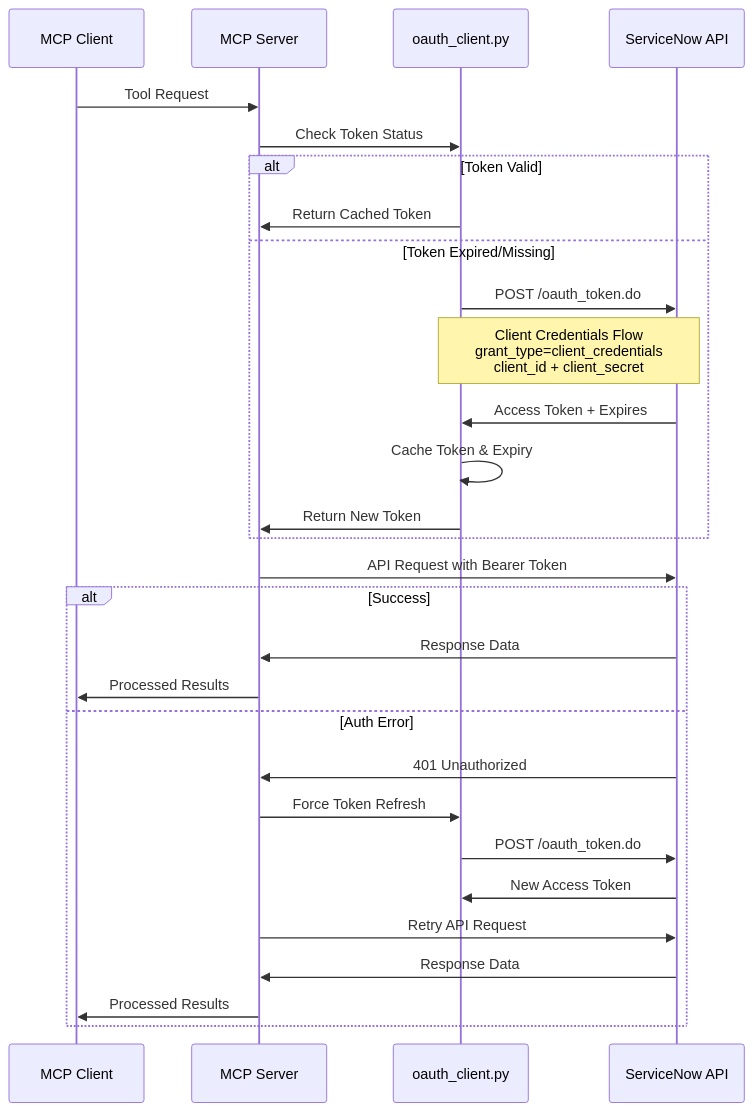
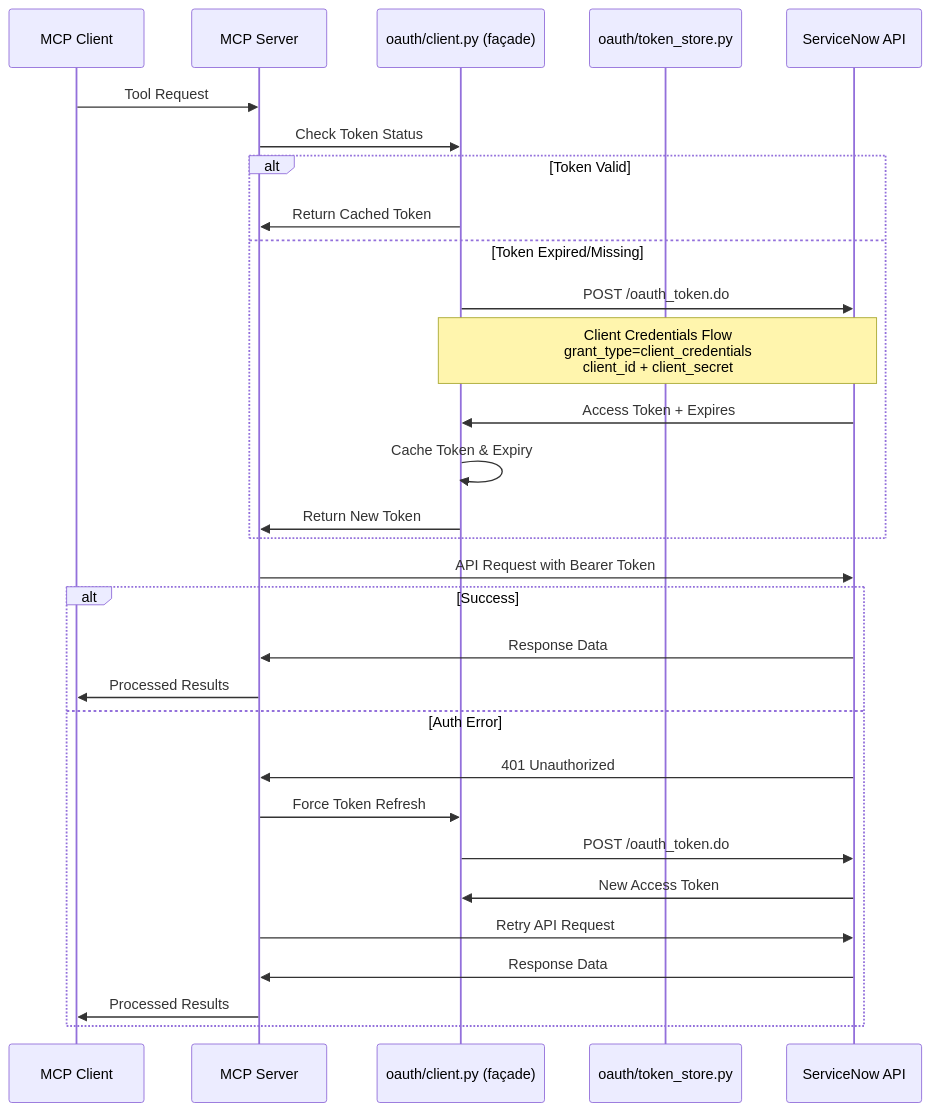
One commit to Papamzor/personal-mcp-servicenow changed the diagram in Diagrams & Documentation/02-oauth-authentication-flow.md. Above: the diagram before and after it, drawn with Mermaid. The commit also changed other lines of this file and 1 other file, not shown here.

Commit message:
docs(v4.0): update architecture diagrams for oauth/ + http_layer/ split
- 01-architecture-overview.md:
  - Added "HTTP Layer (v4.0 Sprint 3)" and "OAuth (v4.0 Sprint 3)"
    subgraphs to the main mermaid diagram showing the GET/write
    dispatch + facade composition.
  - Replaced the v3 "ServiceNow Integration" Component Detail section
    with HTTP Layer + OAuth Subsystems sections.
  - Marked Sprint 3 status as shipped.
  - Key Metrics: 575 tests, ~83% coverage, 92.98% on oauth/+http_layer/.
- 02-oauth-authentication-flow.md: added top-of-file note pointing at
  the v4 layout. Sequence diagram now distinguishes facade (oauth/client)
  from the token store (oauth/token_store).

````diff
--- a/Diagrams & Documentation/02-oauth-authentication-flow.md
+++ b/Diagrams & Documentation/02-oauth-authentication-flow.md
@@ -5,34 +7,35 @@
 ```mermaid
 sequenceDiagram
     participant Client as MCP Client
     participant Server as MCP Server
-    participant OAuth as oauth_client.py
+    participant OAuth as oauth/client.py (façade)
+    participant Store as oauth/token_store.py
     participant SN as ServiceNow API
     
     Client->>Server: Tool Request
     Server->>OAuth: Check Token Status
     
     alt Token Valid
         OAuth->>Server: Return Cached Token
     else Token Expired/Missing
         OAuth->>SN: POST /oauth_token.do
         Note over OAuth,SN: Client Credentials Flow<br/>grant_type=client_credentials<br/>client_id + client_secret
         SN->>OAuth: Access Token + Expires
         OAuth->>OAuth: Cache Token & Expiry
         OAuth->>Server: Return New Token
     end
     
     Server->>SN: API Request with Bearer Token
     alt Success
         SN->>Server: Response Data
         Server->>Client: Processed Results
     else Auth Error
         SN->>Server: 401 Unauthorized
         Server->>OAuth: Force Token Refresh
         OAuth->>SN: POST /oauth_token.do
         SN->>OAuth: New Access Token
         Server->>SN: Retry API Request
         SN->>Server: Response Data
         Server->>Client: Processed Results
     end
 ```
````
